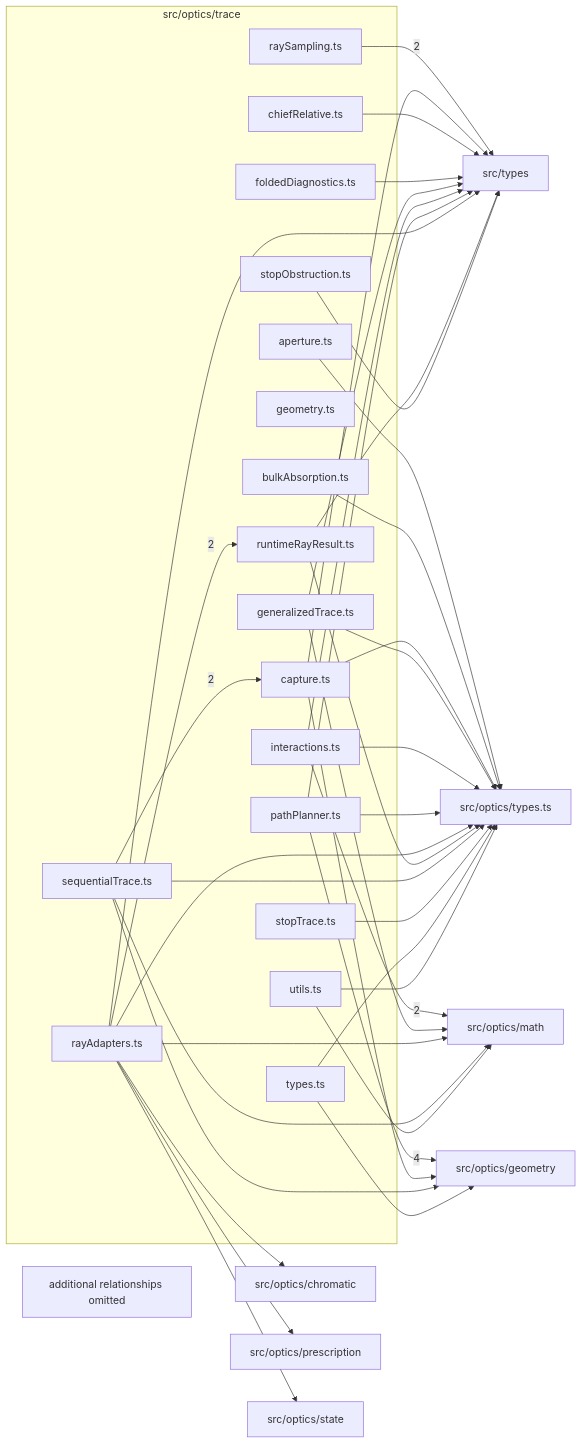
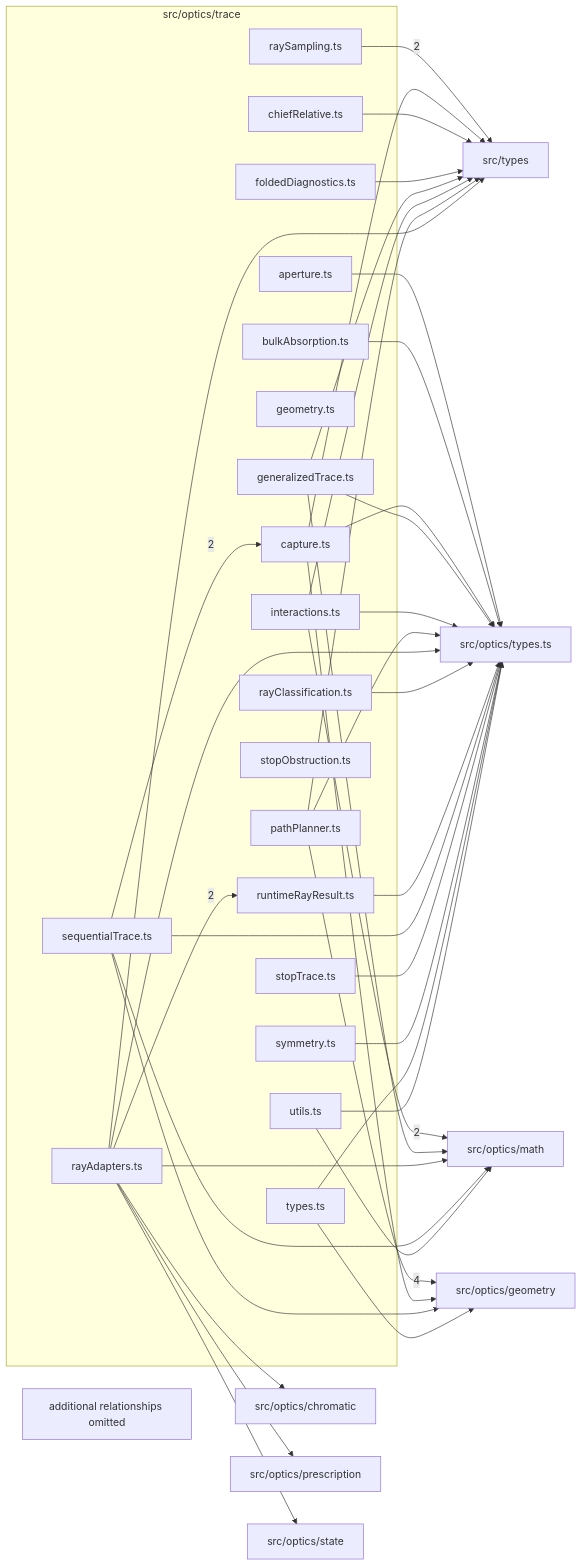
One commit to ronbuening/LensVisualizer changed the diagram in src/optics/trace/readme.md. Above: the diagram before and after it, drawn with Mermaid. The commit also changed other lines of this file and 7 other files, not shown here.

````diff
--- a/src/optics/trace/readme.md
+++ b/src/optics/trace/readme.md
@@ -9,66 +9,68 @@
 ```mermaid
 flowchart LR
   subgraph n_src_optics_trace["src/optics/trace"]
     n_src_optics_trace_src_optics_trace_aperture_ts["aperture.ts"]
     n_src_optics_trace_src_optics_trace_bulkAbsorption_ts["bulkAbsorption.ts"]
     n_src_optics_trace_src_optics_trace_capture_ts["capture.ts"]
     n_src_optics_trace_src_optics_trace_chiefRelative_ts["chiefRelative.ts"]
     n_src_optics_trace_src_optics_trace_foldedDiagnostics_ts["foldedDiagnostics.ts"]
     n_src_optics_trace_src_optics_trace_generalizedTrace_ts["generalizedTrace.ts"]
     n_src_optics_trace_src_optics_trace_geometry_ts["geometry.ts"]
     n_src_optics_trace_src_optics_trace_interactions_ts["interactions.ts"]
     n_src_optics_trace_src_optics_trace_pathPlanner_ts["pathPlanner.ts"]
     n_src_optics_trace_src_optics_trace_rayAdapters_ts["rayAdapters.ts"]
+    n_src_optics_trace_src_optics_trace_rayClassification_ts["rayClassification.ts"]
     n_src_optics_trace_src_optics_trace_raySampling_ts["raySampling.ts"]
     n_src_optics_trace_src_optics_trace_runtimeRayResult_ts["runtimeRayResult.ts"]
     n_src_optics_trace_src_optics_trace_sequentialTrace_ts["sequentialTrace.ts"]
     n_src_optics_trace_src_optics_trace_stopObstruction_ts["stopObstruction.ts"]
     n_src_optics_trace_src_optics_trace_stopTrace_ts["stopTrace.ts"]
+    n_src_optics_trace_src_optics_trace_symmetry_ts["symmetry.ts"]
     n_src_optics_trace_src_optics_trace_types_ts["types.ts"]
     n_src_optics_trace_src_optics_trace_utils_ts["utils.ts"]
   end
   n_external_src_optics_geometry["src/optics/geometry"]
   n_external_src_optics_math["src/optics/math"]
   n_external_src_types["src/types"]
   n_external_src_optics_chromatic["src/optics/chromatic"]
   n_external_src_optics_prescription["src/optics/prescription"]
   n_external_src_optics_state["src/optics/state"]
   n_external_src_optics_types_ts["src/optics/types.ts"]
   n_src_optics_trace_src_optics_trace_pathPlanner_ts --> |4| n_external_src_optics_geometry
   n_src_optics_trace_src_optics_trace_interactions_ts --> |2| n_external_src_optics_math
   n_src_optics_trace_src_optics_trace_raySampling_ts --> |2| n_external_src_types
   n_src_optics_trace_src_optics_trace_sequentialTrace_ts --> |2| n_src_optics_trace_src_optics_trace_capture_ts
   n_src_optics_trace_src_optics_trace_rayAdapters_ts --> |2| n_src_optics_trace_src_optics_trace_runtimeRayResult_ts
   n_src_optics_trace_src_optics_trace_rayAdapters_ts --> n_external_src_optics_chromatic
   n_src_optics_trace_src_optics_trace_capture_ts --> n_external_src_optics_geometry
   n_src_optics_trace_src_optics_trace_sequentialTrace_ts --> n_external_src_optics_geometry
   n_src_optics_trace_src_optics_trace_types_ts --> n_external_src_optics_geometry
   n_src_optics_trace_src_optics_trace_generalizedTrace_ts --> n_external_src_optics_math
   n_src_optics_trace_src_optics_trace_rayAdapters_ts --> n_external_src_optics_math
   n_src_optics_trace_src_optics_trace_sequentialTrace_ts --> n_external_src_optics_math
   n_src_optics_trace_src_optics_trace_utils_ts --> n_external_src_optics_math
   n_src_optics_trace_src_optics_trace_rayAdapters_ts --> n_external_src_optics_prescription
   n_src_optics_trace_src_optics_trace_rayAdapters_ts --> n_external_src_optics_state
   n_src_optics_trace_src_optics_trace_aperture_ts --> n_external_src_optics_types_ts
   n_src_optics_trace_src_optics_trace_bulkAbsorption_ts --> n_external_src_optics_types_ts
   n_src_optics_trace_src_optics_trace_capture_ts --> n_external_src_optics_types_ts
   n_src_optics_trace_src_optics_trace_generalizedTrace_ts --> n_external_src_optics_types_ts
   n_src_optics_trace_src_optics_trace_interactions_ts --> n_external_src_optics_types_ts
   n_src_optics_trace_src_optics_trace_pathPlanner_ts --> n_external_src_optics_types_ts
   n_src_optics_trace_src_optics_trace_rayAdapters_ts --> n_external_src_optics_types_ts
+  n_src_optics_trace_src_optics_trace_rayClassification_ts --> n_external_src_optics_types_ts
   n_src_optics_trace_src_optics_trace_runtimeRayResult_ts --> n_external_src_optics_types_ts
   n_src_optics_trace_src_optics_trace_sequentialTrace_ts --> n_external_src_optics_types_ts
   n_src_optics_trace_src_optics_trace_stopTrace_ts --> n_external_src_optics_types_ts
+  n_src_optics_trace_src_optics_trace_symmetry_ts --> n_external_src_optics_types_ts
   n_src_optics_trace_src_optics_trace_types_ts --> n_external_src_optics_types_ts
   n_src_optics_trace_src_optics_trace_utils_ts --> n_external_src_optics_types_ts
   n_src_optics_trace_src_optics_trace_capture_ts --> n_external_src_types
   n_src_optics_trace_src_optics_trace_chiefRelative_ts --> n_external_src_types
   n_src_optics_trace_src_optics_trace_foldedDiagnostics_ts --> n_external_src_types
   n_src_optics_trace_src_optics_trace_generalizedTrace_ts --> n_external_src_types
   n_src_optics_trace_src_optics_trace_interactions_ts --> n_external_src_types
   n_src_optics_trace_src_optics_trace_pathPlanner_ts --> n_external_src_types
   n_src_optics_trace_src_optics_trace_rayAdapters_ts --> n_external_src_types
-  n_src_optics_trace_src_optics_trace_runtimeRayResult_ts --> n_external_src_types
-  n_src_optics_trace_src_optics_trace_stopObstruction_ts --> n_external_src_types
   n_src_optics_trace_truncated["additional relationships omitted"]
 ```
````
